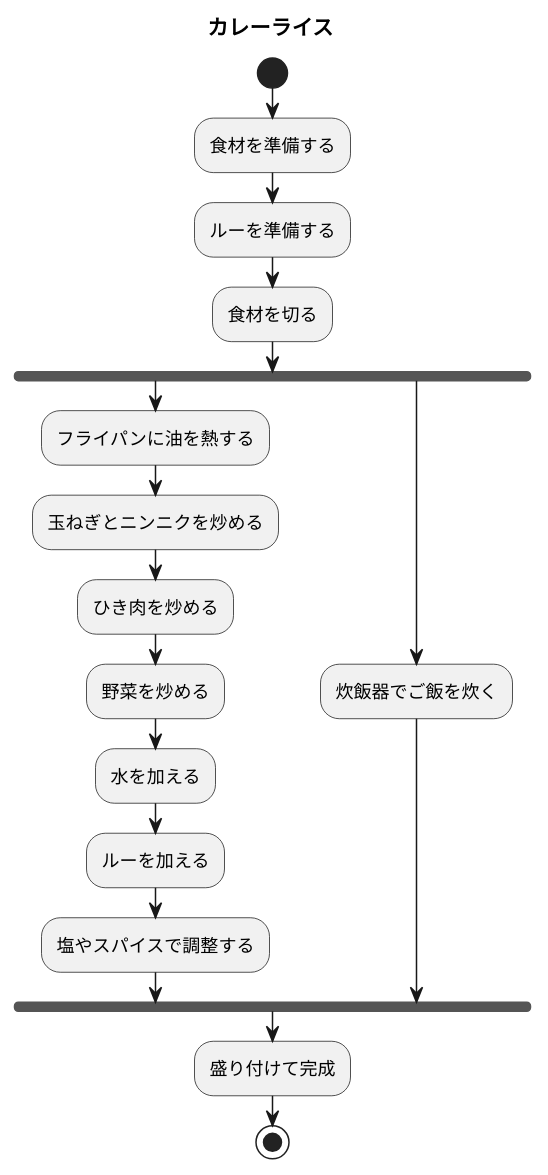
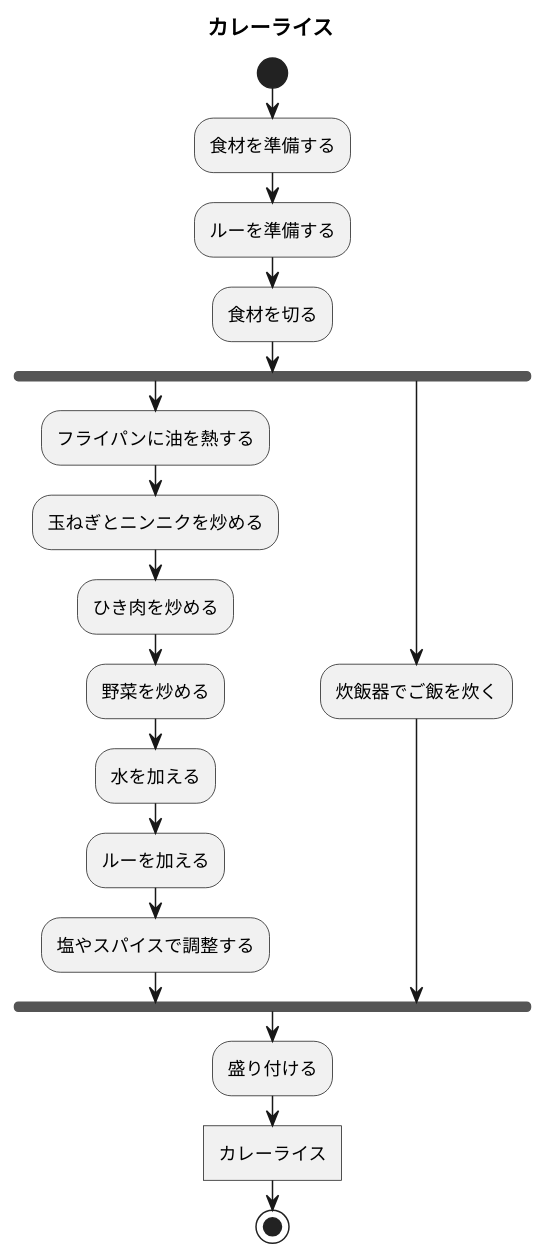
One commit to marute0215/uml-introduction changed the diagram in 7章練習_ACカレーライス.pu. Above: the diagram before and after it, drawn with PlantUML.

```diff
--- a/7章練習_ACカレーライス.pu
+++ b/7章練習_ACカレーライス.pu
@@ -1,20 +1,21 @@
 @startuml
 title カレーライス
 start
 :食材を準備する;
 :ルーを準備する;
 :食材を切る;
 fork
 :フライパンに油を熱する;
 :玉ねぎとニンニクを炒める;
 :ひき肉を炒める;
 :野菜を炒める;
 :水を加える;
 :ルーを加える;
 :塩やスパイスで調整する;
 fork again
 :炊飯器でご飯を炊く;
 end fork
-:盛り付けて完成;
+:盛り付ける;
+:カレーライス]
 stop
 @enduml
```
